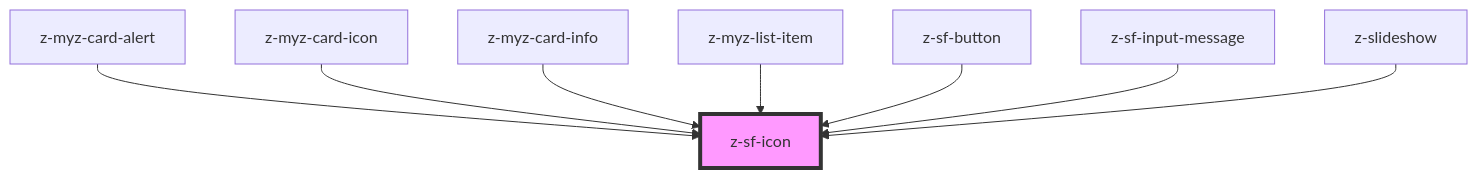
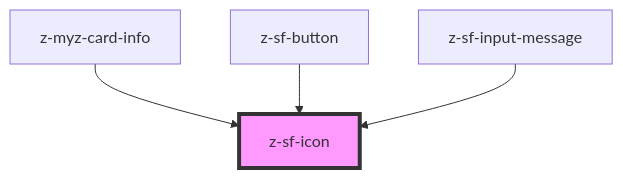
One commit to ZanichelliEditore/design-system changed the diagram in src/components/z-sf-icon/readme.md. Above: the diagram before and after it, drawn with Mermaid. The commit also changed other lines of this file and 397 other files, not shown here.

````diff
--- a/src/components/z-sf-icon/readme.md
+++ b/src/components/z-sf-icon/readme.md
@@ -52,11 +48,7 @@
 ```mermaid
 graph TD;
-  z-myz-card-alert --> z-sf-icon
-  z-myz-card-icon --> z-sf-icon
   z-myz-card-info --> z-sf-icon
-  z-myz-list-item --> z-sf-icon
   z-sf-button --> z-sf-icon
   z-sf-input-message --> z-sf-icon
-  z-slideshow --> z-sf-icon
   style z-sf-icon fill:#f9f,stroke:#333,stroke-width:4px
 ```
````
